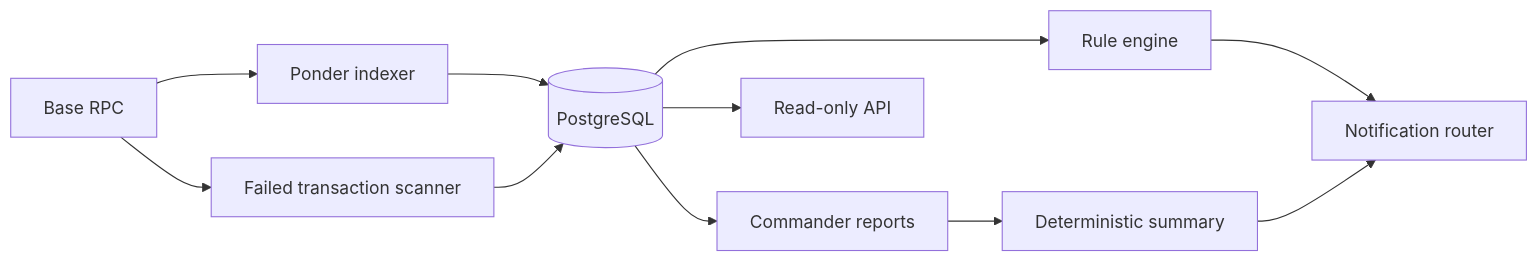
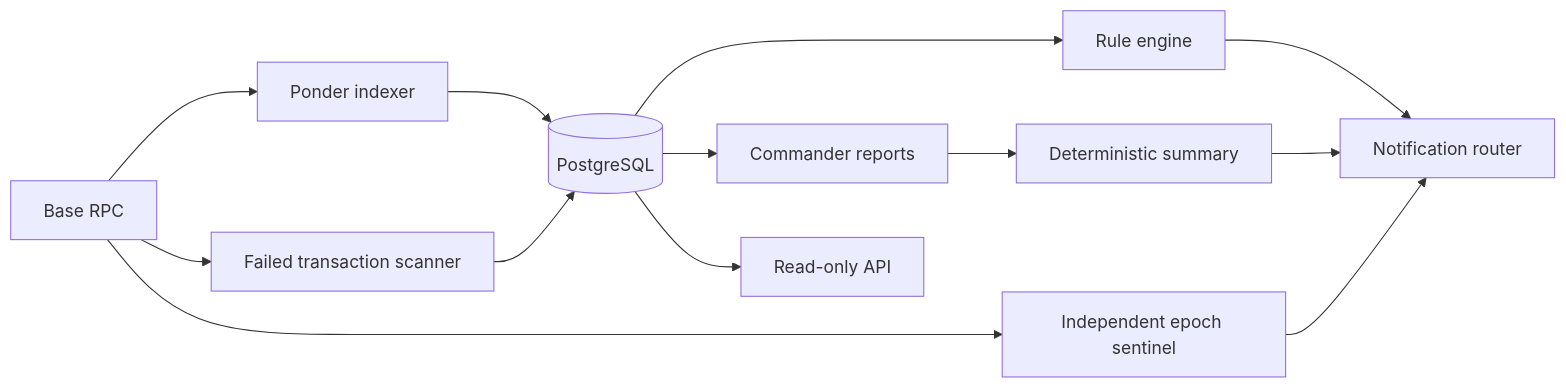
The diagram in README.md (NARAProtocol/nara-swarm-monitor), drawn with Mermaid before and after one commit. The commit also changed other lines of this file and 19 other files, not shown here.

Commit message:
fix(monitor): add resilient epoch sentinel (#24)

````diff
--- a/README.md
+++ b/README.md
@@ -36,13 +37,15 @@
 ```mermaid
 flowchart LR
     Base["Base RPC"] --> Ponder["Ponder indexer"]
     Ponder --> Postgres[("PostgreSQL")]
     Base --> Scanner["Failed transaction scanner"]
+    Base --> Epoch["Independent epoch sentinel"]
     Scanner --> Postgres
     Postgres --> Rules["Rule engine"]
     Postgres --> Commander["Commander reports"]
     Commander --> Summary["Deterministic summary"]
     Rules --> Notify["Notification router"]
+    Epoch --> Notify
     Summary --> Notify
     Postgres --> API["Read-only API"]
 ```
````
